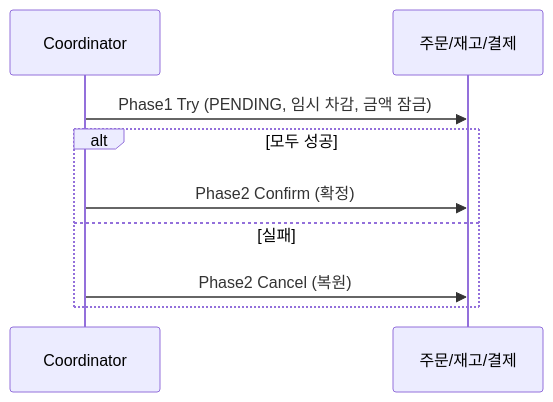
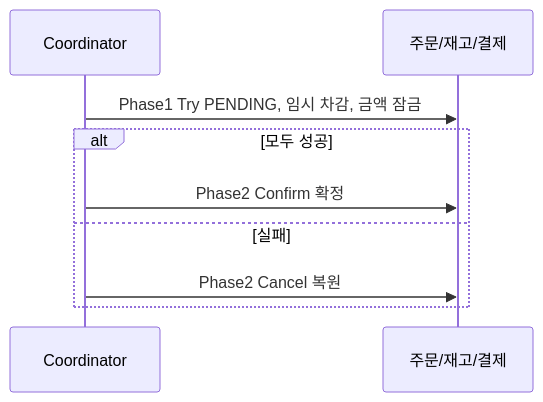
One commit to yjkim2015/yjkim2015.github.io changed the sixth of 8 diagrams in _posts/spring/2026-05-01-distributed-transaction.md. Above: the diagram before and after it, drawn with Mermaid. The commit also changed 85 other files, not shown here.

First line of the commit message:
sequenceDiagram 문법 에러 2차 수정 169개 (86파일)

````diff
--- a/_posts/spring/2026-05-01-distributed-transaction.md
+++ b/_posts/spring/2026-05-01-distributed-transaction.md
@@ -211,11 +211,11 @@
 ```mermaid
 sequenceDiagram
     participant CO as Coordinator
     participant SVC as 주문/재고/결제
-    CO->>SVC: Phase1 Try (PENDING, 임시 차감, 금액 잠금)
+    CO->>SVC: Phase1 Try PENDING, 임시 차감, 금액 잠금
     alt 모두 성공
-    CO->>SVC: Phase2 Confirm (확정)
+    CO->>SVC: Phase2 Confirm 확정
     else 실패
-    CO->>SVC: Phase2 Cancel (복원)
+    CO->>SVC: Phase2 Cancel 복원
     end
 ```
````
